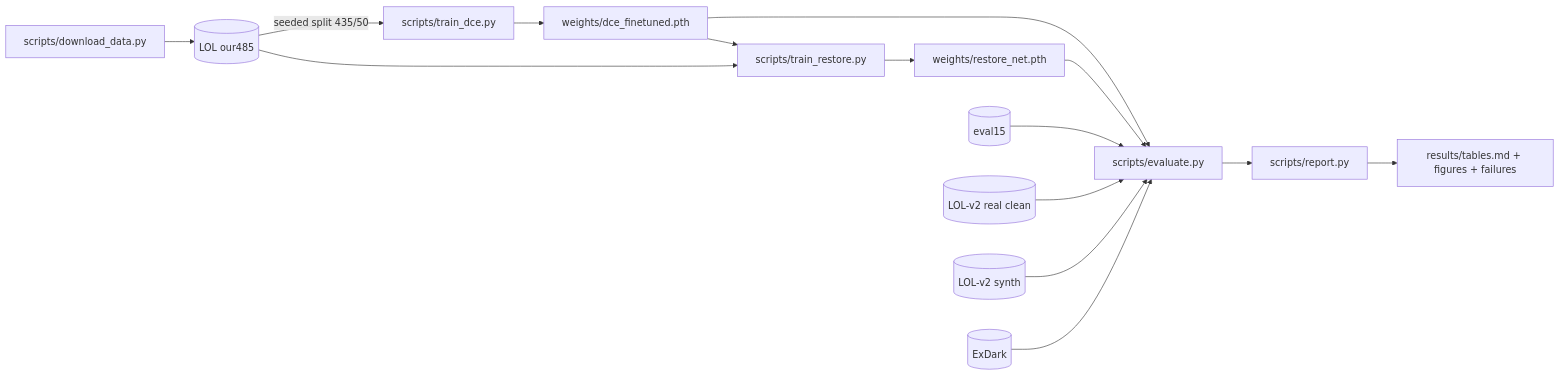
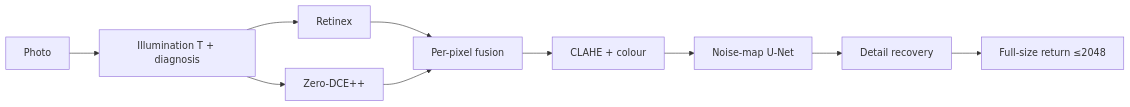
One commit to Karthik-sugur/lumina-lowlight changed the diagram in README.md. Above: the diagram before and after it, drawn with Mermaid. The commit also changed other lines of this file and 3 other files, not shown here.

````diff
--- a/README.md
+++ b/README.md
@@ -108,12 +183,12 @@
 ```mermaid
 flowchart LR
-    DL[scripts/download_data.py] --> LOL[(LOL our485)]
-    LOL -->|seeded split 435/50| TD[scripts/train_dce.py]
-    TD --> W1[weights/dce_finetuned.pth]
-    W1 --> TR[scripts/train_restore.py]
-    LOL --> TR
-    TR --> W2[weights/restore_net.pth]
-    W1 & W2 --> EV[scripts/evaluate.py]
-    T1[(eval15)] & T2[(LOL-v2 real clean)] & T3[(LOL-v2 synth)] & T4[(ExDark)] --> EV
-    EV --> RP[scripts/report.py] --> R[results/tables.md + figures + failures]
+  A[Photo] --> B[Illumination T + diagnosis]
+  B --> C[Retinex]
+  B --> D[Zero-DCE++]
+  C --> E[Per-pixel fusion]
+  D --> E
+  E --> F[CLAHE + colour]
+  F --> G[Noise-map U-Net]
+  G --> H[Detail recovery]
+  H --> I[Full-size return ≤2048]
 ```
````
